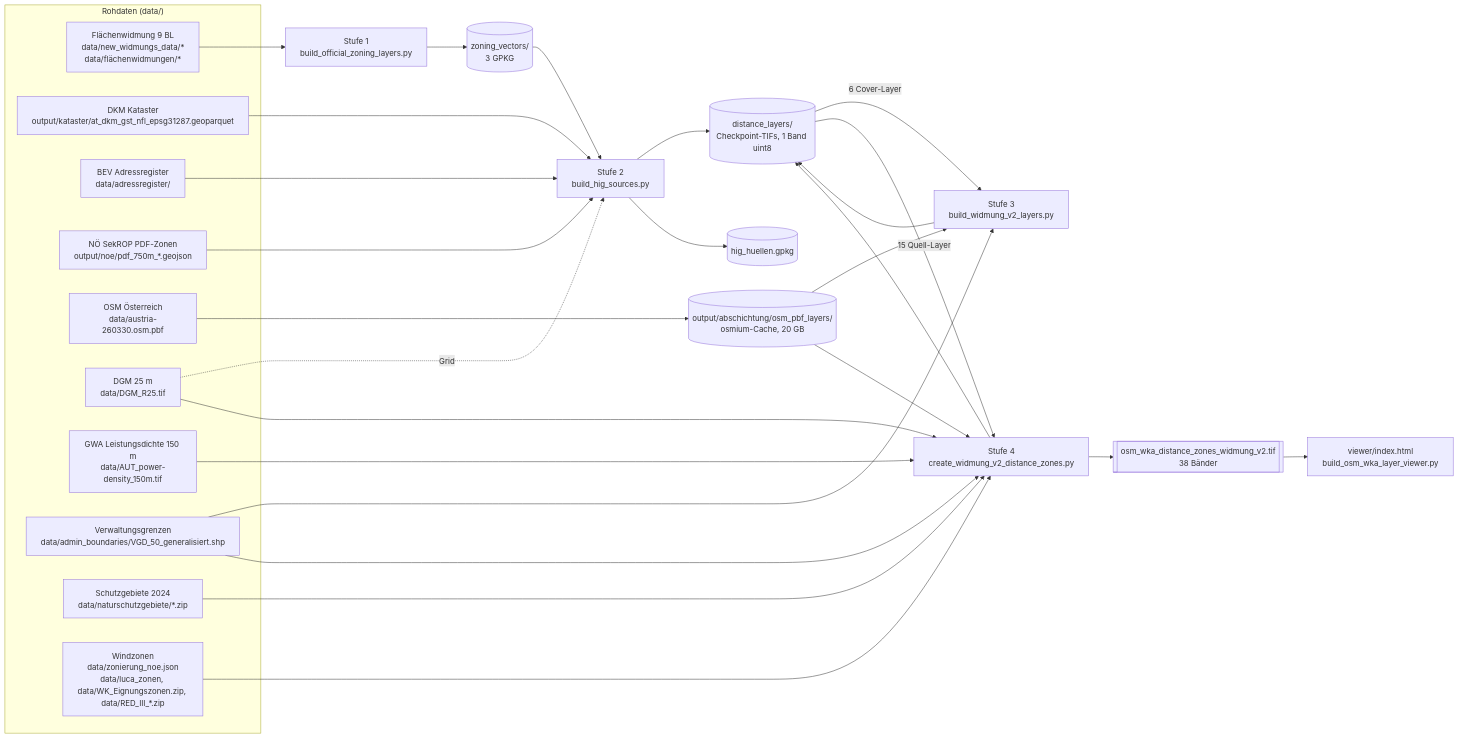
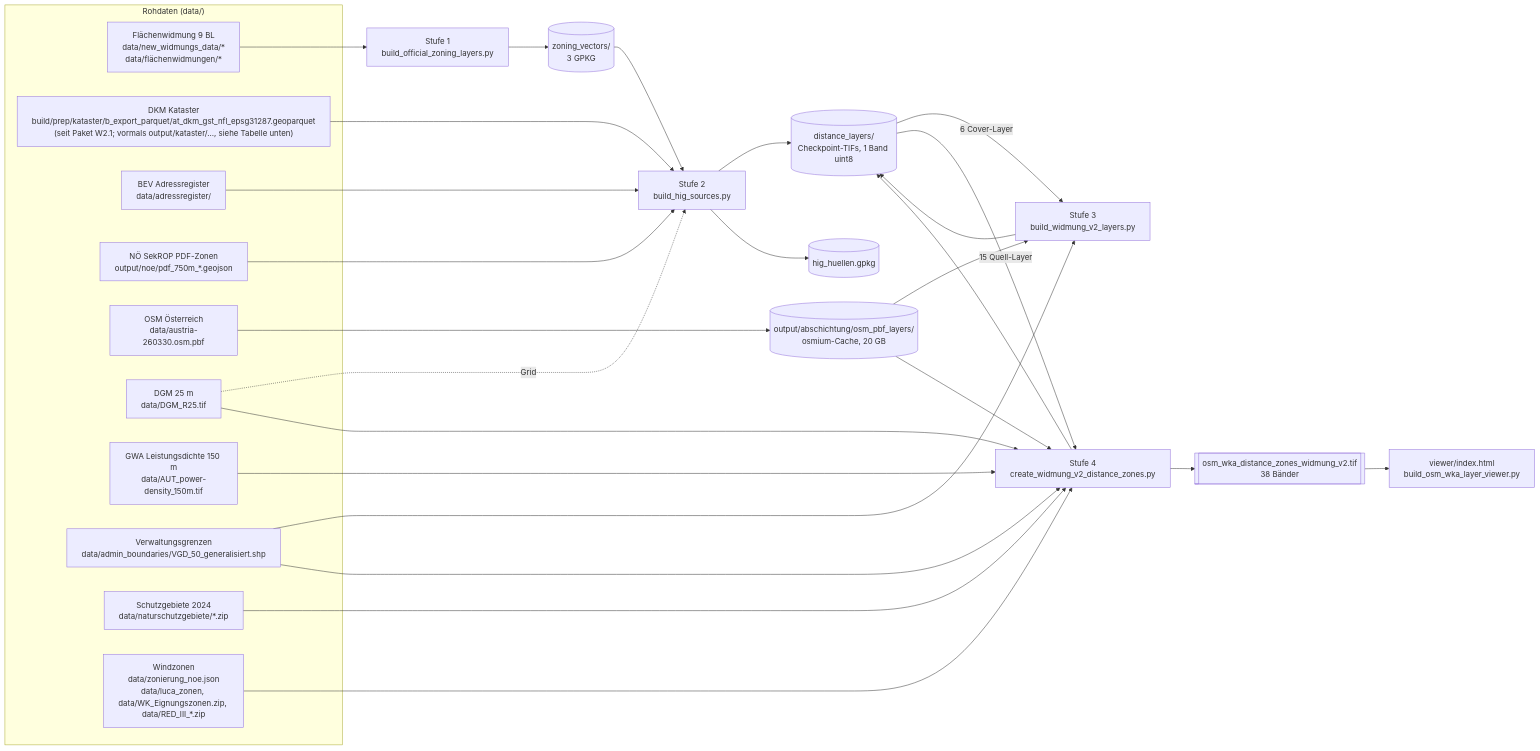
Before and after one commit to hurtjan/windkraft-oe-abschichtung: the diagram in docs/widmung_v2_provenance.md, drawn with Mermaid. The commit also changed other lines of this file and 2 other files, not shown here.

First line of the commit message:
W2.1: hig.py Layer implementiert, aus 02_build_hig_sources.py übernommen, Kataster-Quelle auf build/prep/kataster/ umgestellt

````diff
--- a/docs/widmung_v2_provenance.md
+++ b/docs/widmung_v2_provenance.md
@@ -26,51 +26,51 @@
 ```mermaid
 flowchart LR
   subgraph RAW["Rohdaten (data/)"]
     FW["Flächenwidmung 9 BL<br/>data/new_widmungs_data/*<br/>data/flächenwidmungen/*"]
-    DKM["DKM Kataster<br/>output/kataster/at_dkm_gst_nfl_epsg31287.geoparquet"]
+    DKM["DKM Kataster<br/>build/prep/kataster/b_export_parquet/at_dkm_gst_nfl_epsg31287.geoparquet<br/>(seit Paket W2.1; vormals output/kataster/…, siehe Tabelle unten)"]
     BEV["BEV Adressregister<br/>data/adressregister/"]
     NOEPDF["NÖ SekROP PDF-Zonen<br/>output/noe/pdf_750m_*.geojson"]
     PBF["OSM Österreich<br/>data/austria-260330.osm.pbf"]
     DGM["DGM 25 m<br/>data/DGM_R25.tif"]
     PD["GWA Leistungsdichte 150 m<br/>data/AUT_power-density_150m.tif"]
     VGD["Verwaltungsgrenzen<br/>data/admin_boundaries/VGD_50_generalisiert.shp"]
     NSG["Schutzgebiete 2024<br/>data/naturschutzgebiete/*.zip"]
     ZON["Windzonen<br/>data/zonierung_noe.json<br/>data/luca_zonen, data/WK_Eignungszonen.zip, data/RED_III_*.zip"]
   end
 
   S1["Stufe 1<br/>build_official_zoning_layers.py"]
   S2["Stufe 2<br/>build_hig_sources.py"]
   S3["Stufe 3<br/>build_widmung_v2_layers.py"]
   S4["Stufe 4<br/>create_widmung_v2_distance_zones.py"]
 
   ZV[("zoning_vectors/<br/>3 GPKG")]
   CP[("distance_layers/<br/>Checkpoint-TIFs, 1 Band uint8")]
   OSMC[("output/abschichtung/osm_pbf_layers/<br/>osmium-Cache, 20 GB")]
   TIF[["osm_wka_distance_zones_widmung_v2.tif<br/>38 Bänder"]]
   HH[("hig_huellen.gpkg")]
   VIEW["viewer/index.html<br/>build_osm_wka_layer_viewer.py"]
 
   FW --> S1 --> ZV
   ZV --> S2
   DKM --> S2
   BEV --> S2
   NOEPDF --> S2
   DGM -. Grid .-> S2
   S2 --> CP
   S2 --> HH
   PBF --> OSMC
   OSMC --> S3
   CP -- 6 Cover-Layer --> S3
   VGD --> S3
   S3 --> CP
   CP -- 15 Quell-Layer --> S4
   OSMC --> S4
   DGM --> S4
   PD --> S4
   VGD --> S4
   NSG --> S4
   ZON --> S4
   S4 --> CP
   S4 --> TIF
   TIF --> VIEW
 ```
````
